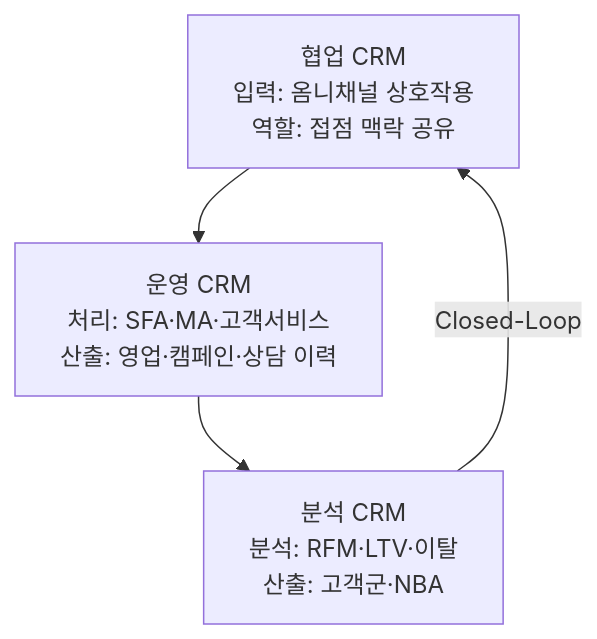
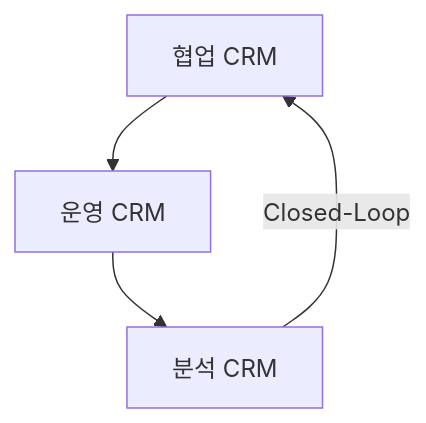
One commit to agnusdei1207/study changed the second of 2 diagrams in src/content/docs/notes/itpe/01-it-strategy/031_crm.md. Above: the diagram before and after it, drawn with Mermaid. The commit also changed other lines of this file and 19 other files, not shown here.

````diff
--- a/src/content/docs/notes/itpe/01-it-strategy/031_crm.md
+++ b/src/content/docs/notes/itpe/01-it-strategy/031_crm.md
@@ -112,6 +109,6 @@
 ```mermaid
 flowchart TD
-    C["협업 CRM<br/>입력: 옴니채널 상호작용<br/>역할: 접점 맥락 공유"] --> O["운영 CRM<br/>처리: SFA·MA·고객서비스<br/>산출: 영업·캠페인·상담 이력"]
-    O --> A["분석 CRM<br/>분석: RFM·LTV·이탈<br/>산출: 고객군·NBA"]
+    C["협업 CRM"] --> O["운영 CRM"]
+    O --> A["분석 CRM"]
     A -->|"Closed-Loop"| C
 ```
````
